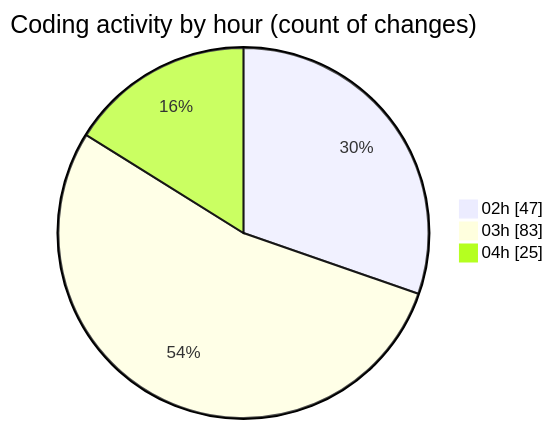
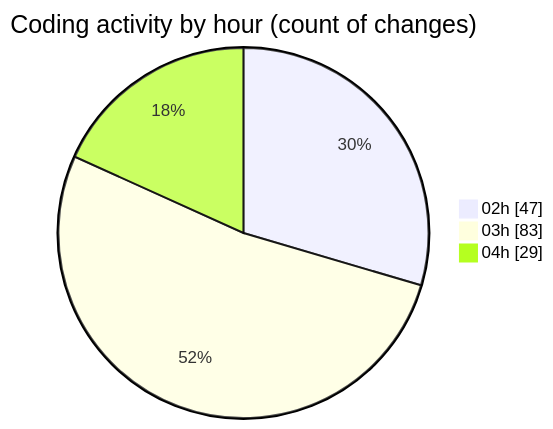
Before and after one commit to ernivani/code-tracking: the second of 2 diagrams in 2025-01-02/3drust/README.md, drawn with Mermaid. The commit also changed other lines of this file and 2 other files, not shown here.

````diff
--- a/2025-01-02/3drust/README.md
+++ b/2025-01-02/3drust/README.md
@@ -40,7 +40,7 @@
 ```mermaid
 pie showData
 title Coding activity by hour (count of changes)
 "02h" : 47
 "03h" : 83
-"04h" : 25
+"04h" : 29
 ```
````
